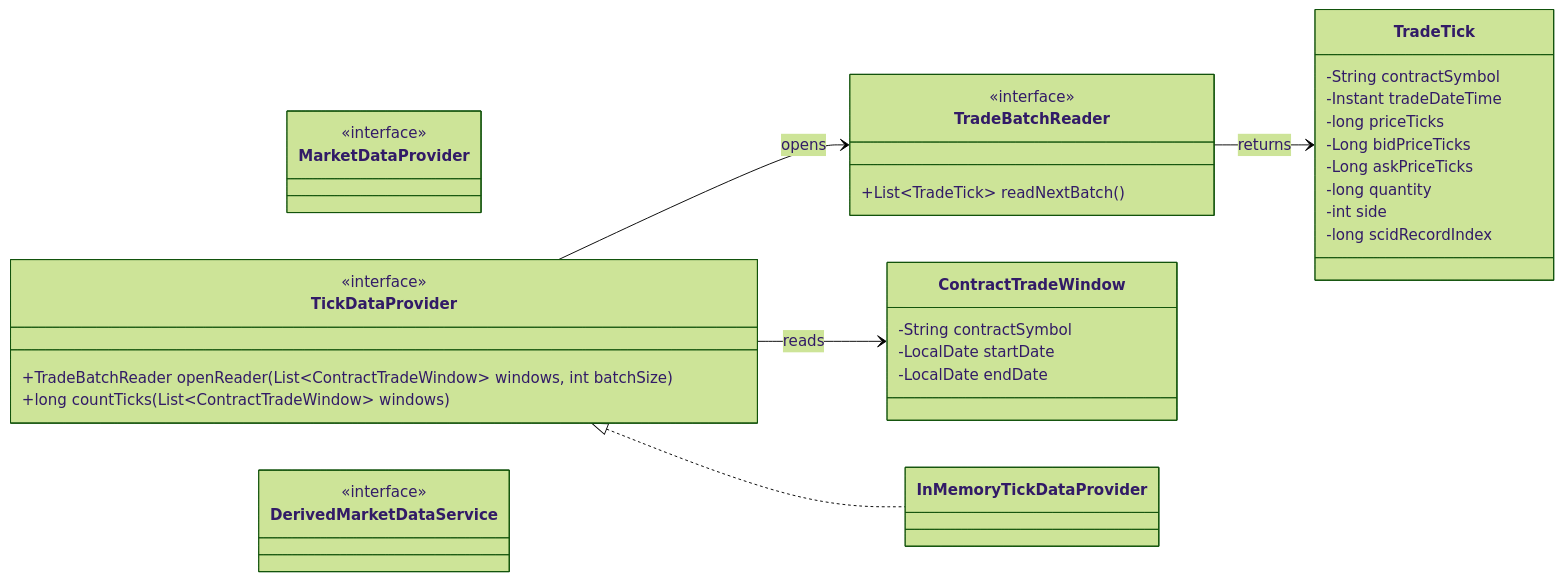
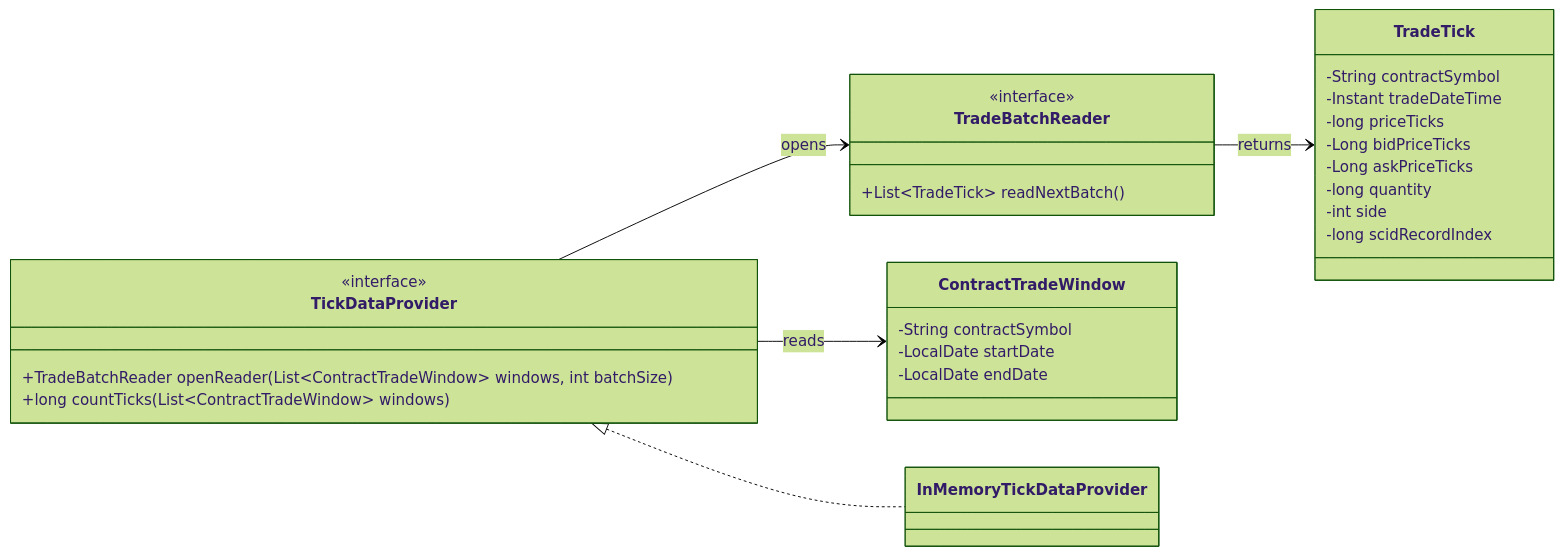
Before and after one commit to probst-paul/FORGE: diagram 12 of 22 in class-model.md, drawn with Mermaid (forest theme). The commit also changed other lines of this file and 74 other files, not shown here.

````diff
--- a/class-model.md
+++ b/class-model.md
@@ -766,47 +766,39 @@
 ```mermaid
 classDiagram
     direction LR
-
-    class MarketDataProvider {
-        <<interface>>
-    }
 
     class TickDataProvider {
         <<interface>>
         +TradeBatchReader openReader(List~ContractTradeWindow~ windows, int batchSize)
         +long countTicks(List~ContractTradeWindow~ windows)
     }
 
     class TradeBatchReader {
         <<interface>>
         +List~TradeTick~ readNextBatch()
     }
 
     class ContractTradeWindow {
         -String contractSymbol
         -LocalDate startDate
         -LocalDate endDate
     }
 
     class TradeTick {
         -String contractSymbol
         -Instant tradeDateTime
         -long priceTicks
         -Long bidPriceTicks
         -Long askPriceTicks
         -long quantity
         -int side
         -long scidRecordIndex
     }
 
     class InMemoryTickDataProvider
 
-    class DerivedMarketDataService {
-        <<interface>>
-    }
-
     TickDataProvider <|.. InMemoryTickDataProvider
     TickDataProvider --> TradeBatchReader : opens
     TradeBatchReader --> TradeTick : returns
     TickDataProvider --> ContractTradeWindow : reads
 ```
````
